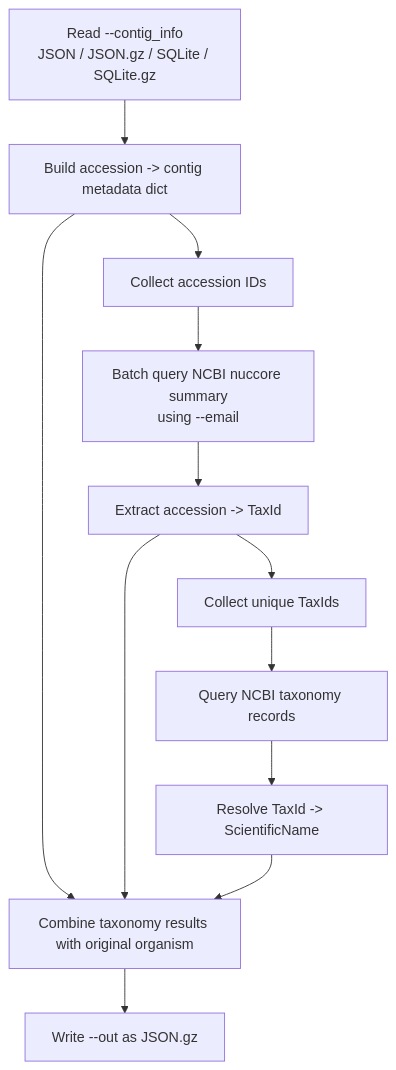
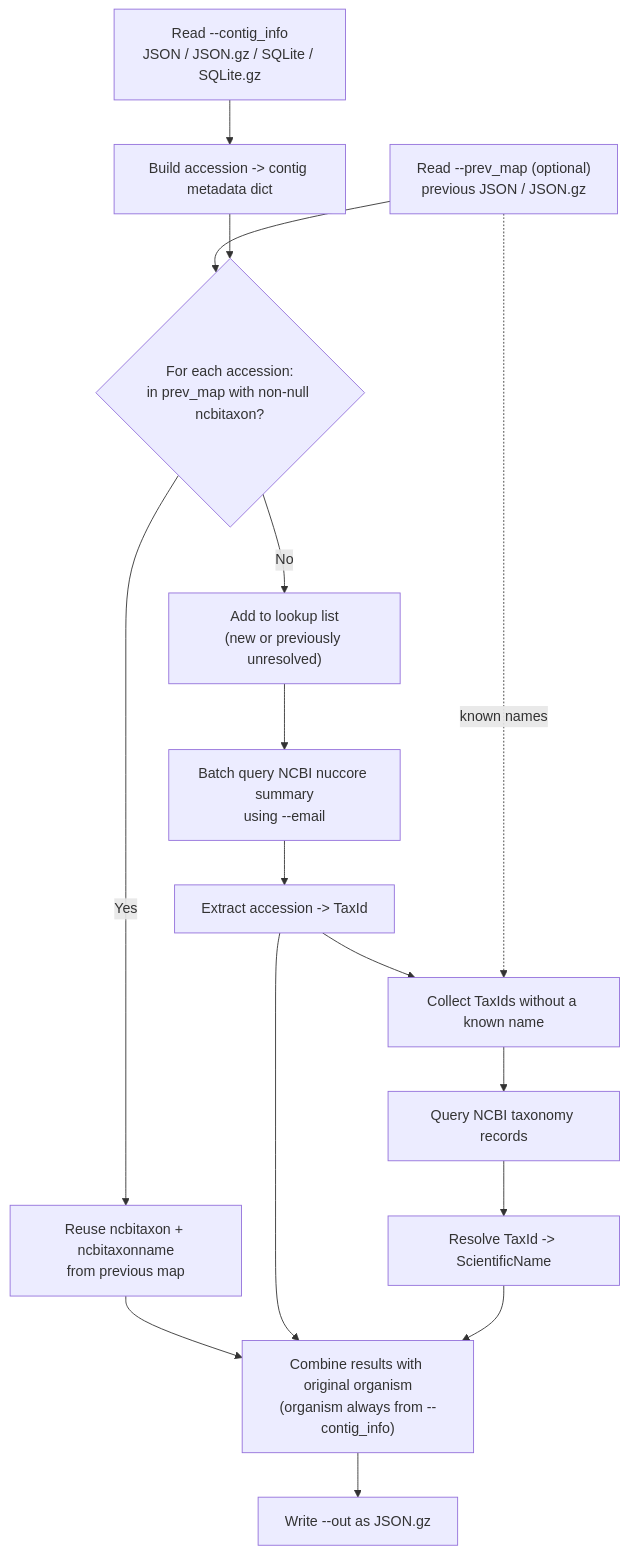
Before and after one commit to gongbinsheng/AdventSeq: the diagram in AdVentSeq/build_ncbi_taxonomy_map.md, drawn with Mermaid. The commit also changed 6 other files, not shown here.

First line of the commit message:
Add package data-flow diagram and per-script flowcharts to docs

````diff
--- a/AdVentSeq/build_ncbi_taxonomy_map.md
+++ b/AdVentSeq/build_ncbi_taxonomy_map.md
@@ -9,14 +9,18 @@
 ```mermaid
 flowchart TD
     A["Read --contig_info<br/>JSON / JSON.gz / SQLite / SQLite.gz"] --> B["Build accession -> contig metadata dict"]
-    B --> C["Collect accession IDs"]
-    C --> D["Batch query NCBI nuccore summary<br/>using --email"]
+    P["Read --prev_map (optional)<br/>previous JSON / JSON.gz"] --> C
+    B --> C{"For each accession:<br/>in prev_map with non-null ncbitaxon?"}
+    C -->|Yes| R["Reuse ncbitaxon + ncbitaxonname<br/>from previous map"]
+    C -->|No| L["Add to lookup list<br/>(new or previously unresolved)"]
+    L --> D["Batch query NCBI nuccore summary<br/>using --email"]
     D --> E["Extract accession -> TaxId"]
-    E --> F["Collect unique TaxIds"]
+    E --> F["Collect TaxIds without a known name"]
+    P -. known names .-> F
     F --> G["Query NCBI taxonomy records"]
     G --> H["Resolve TaxId -> ScientificName"]
-    B --> I["Combine taxonomy results with original organism"]
+    R --> I["Combine results with original organism<br/>(organism always from --contig_info)"]
     E --> I
     H --> I
     I --> J["Write --out as JSON.gz"]
 ```
````
